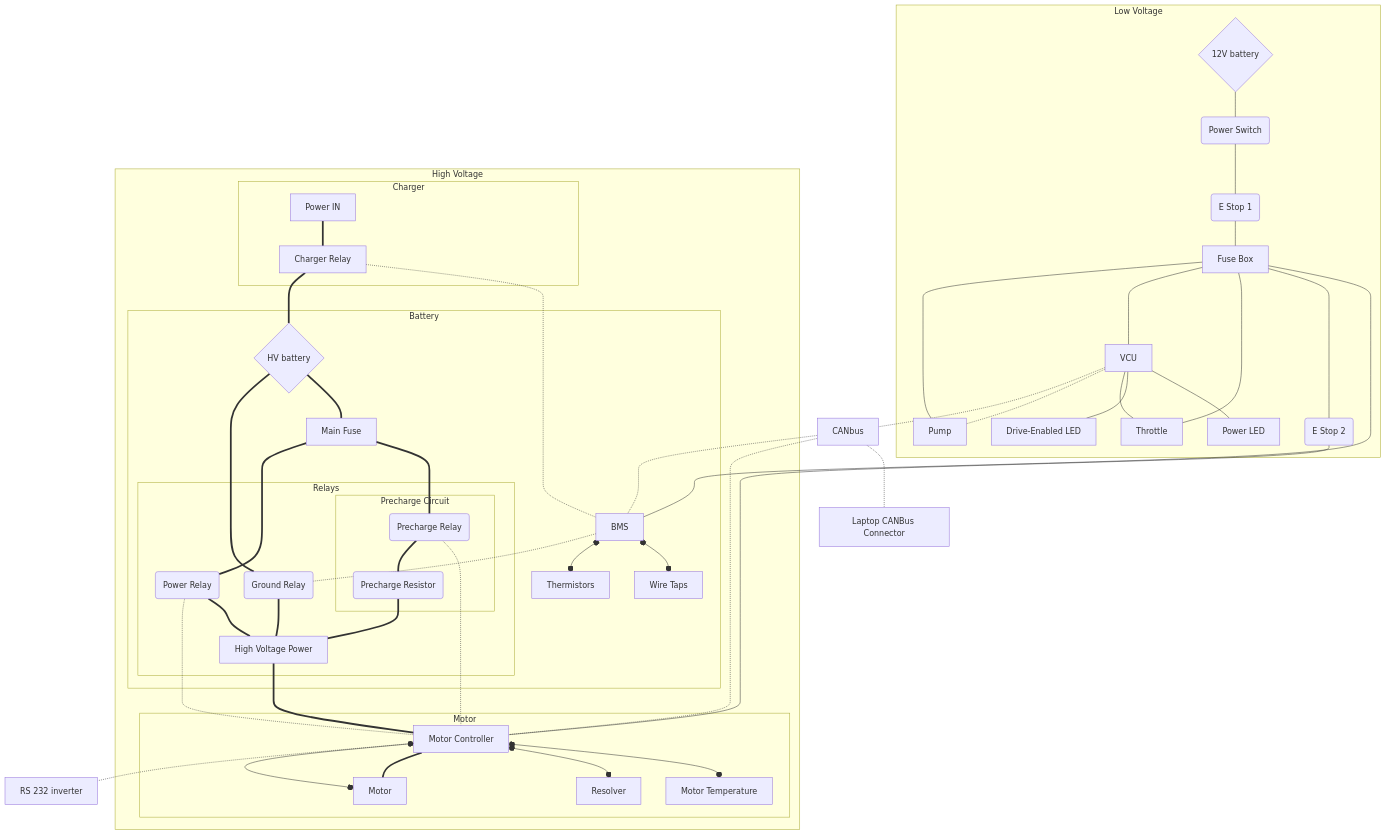
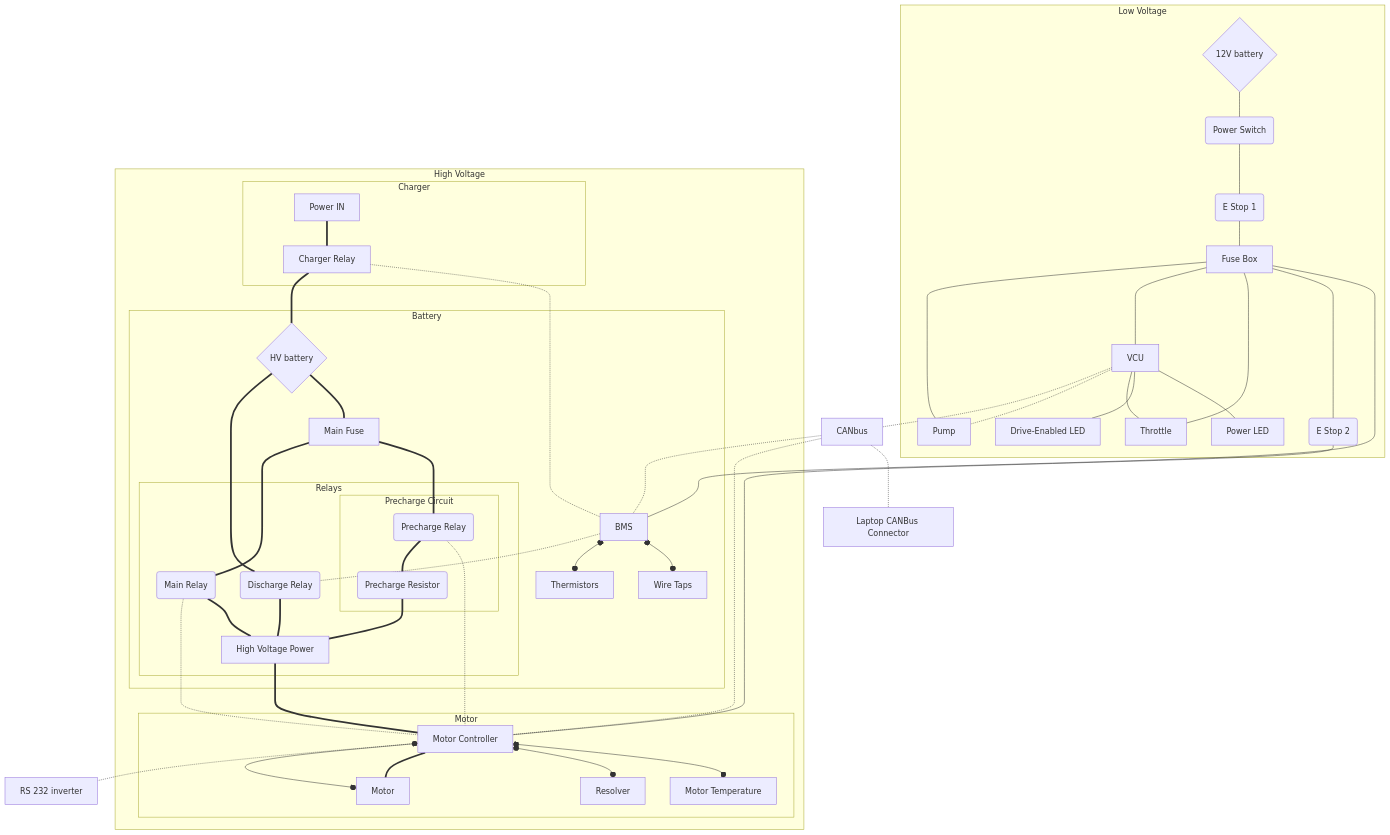
One commit to Spartan-Velocity/Electronics changed the diagram in Subsystems/Wiring Harness/Wiring Schematic.mermaid. Above: the diagram before and after it, drawn with Mermaid.

Commit message:
Updated Wiring Schematic

```diff
--- a/Subsystems/Wiring Harness/Wiring Schematic.mermaid
+++ b/Subsystems/Wiring Harness/Wiring Schematic.mermaid
@@ -1,115 +1,115 @@
 %%thick is hv thick wires
 %%thin is thin wires
 %%dotted is communication
 
 flowchart TB
 
 subgraph Low Voltage
  P[Pump]
  FB[Fuse Box]
  T[Throttle]
  LVB{12V battery}
  PS(Power Switch)
  VCU[VCU]
  DELED[Drive-Enabled LED]
  PLED[Power LED]
  ES1(E Stop 1)
  ES2(E Stop 2)
 end
 
 
 
 CB[CANbus]
 LCB[Laptop CANBus Connector]
 
 
 
 subgraph High Voltage
  subgraph Charger
   PIN[Power IN]
   CR[Charger Relay]
  end
 
  subgraph Battery
   BMS[BMS]
   WT[Wire Taps]
   TH[Thermistors]
   HVB{HV battery}
   MF[Main Fuse]
   
   subgraph Relays
    subgraph Precharge Circuit
     PCRL(Precharge Relay)
     PCRS(Precharge Resistor)
    end
    
-   GR(Ground Relay)
-   PR(Power Relay)
+   DR(Discharge Relay)
+   MR(Main Relay)
    HVP[High Voltage Power]
   end
  end
 
 
  subgraph Motor
   MC[Motor Controller]
   M[Motor]
   MT[Motor Temperature]
   RS[Resolver]
  end
 end
 
 
 
 RS232[RS 232 inverter]
 
 
 
 
 
 %%LV fuse box connections
 LVB --- PS --- ES1 --- FB
 FB --- P
 FB --- VCU
 FB --- T
 FB --- ES2 --- MC
 FB --- BMS
 
 %%CANbus
 VCU -.- CB
 CB -.- MC
 CB -.- BMS
 CB -.- LCB
 
 %%VCU
 VCU -.- P
 VCU --- T
 VCU --- DELED
 VCU --- PLED
 
 %%Charger
 PIN === CR === HVB
 CR -.- BMS
 
 %%BMS
 BMS o--o TH
 BMS o--o WT
 
 %%Relays
-HVB === GR
+HVB === DR
 HVB === MF
-MF === PR
+MF === MR
 MF === PCRL === PCRS
-BMS -.- GR
+BMS -.- DR
 PCRL -.- MC
-PR -.- MC
+MR -.- MC
 PCRS === HVP
-PR === HVP
-GR === HVP
+MR === HVP
+DR === HVP
 
 %%Motor Controller
 HVP === MC
 MC -.- RS232
 MC o--o M
 MC === M
 MC o--o RS
 MC o--o MT
```
